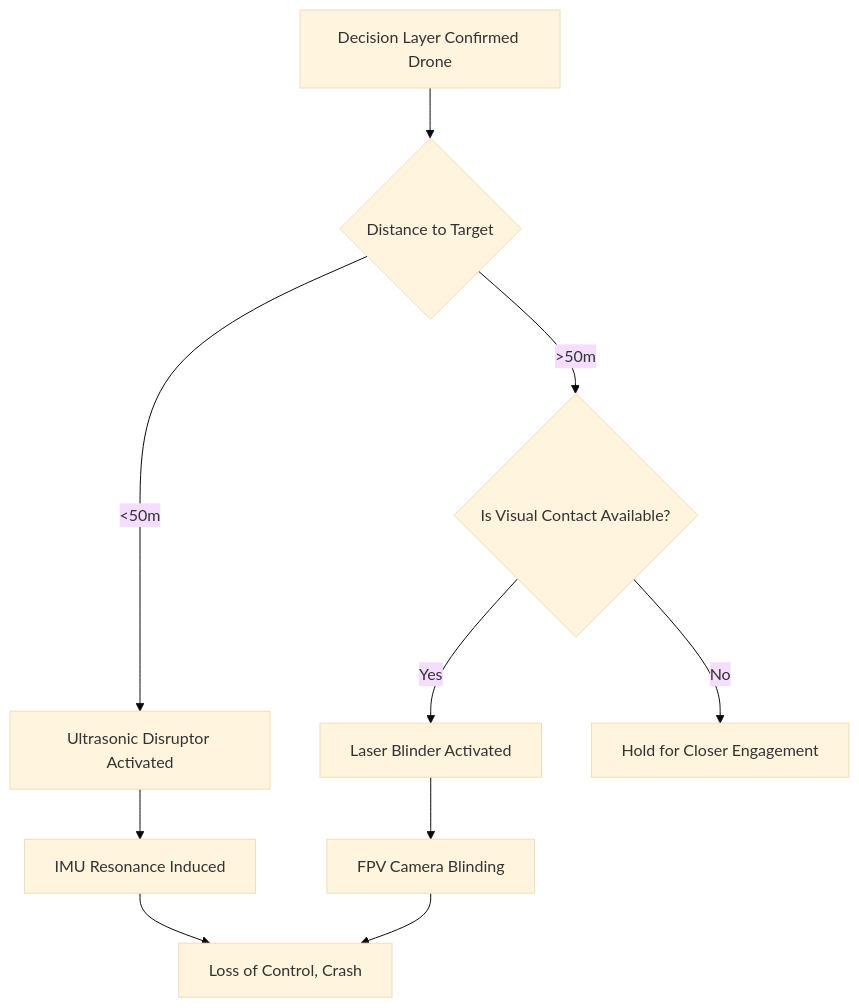
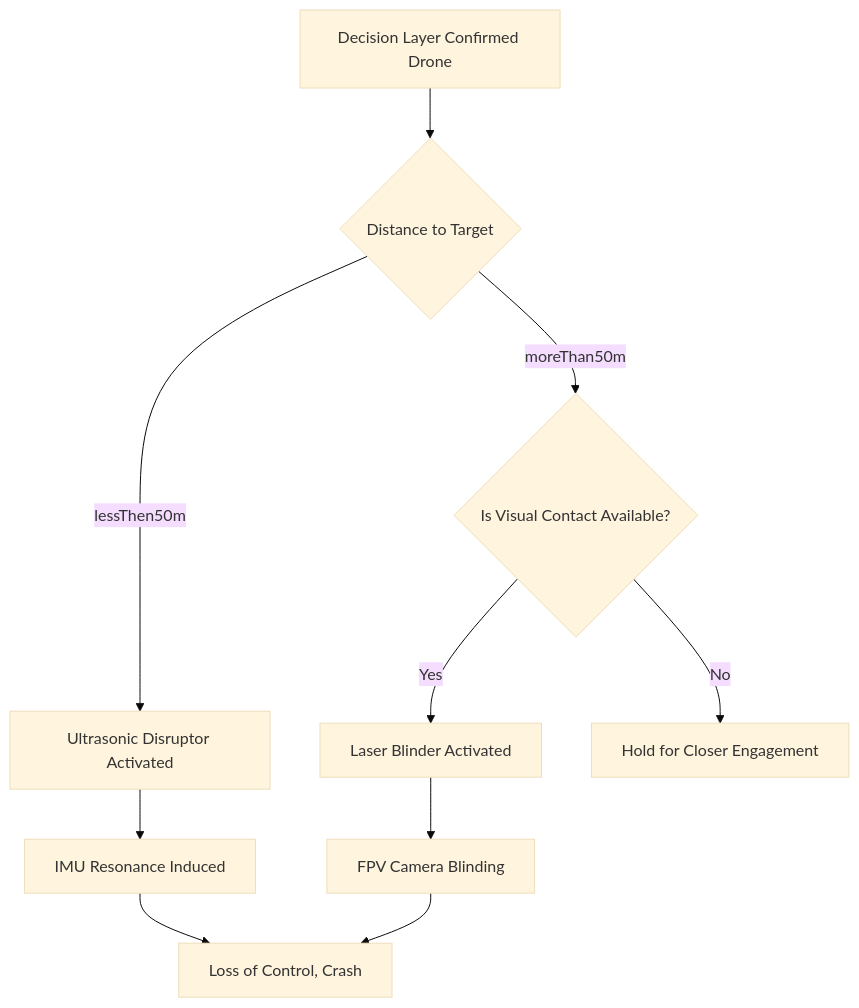
One commit to tom-sapletta-com/NATO changed the third of 3 diagrams in README.md. Above: the diagram before and after it, drawn with Mermaid (base theme).

````diff
--- a/README.md
+++ b/README.md
@@ -211,16 +211,16 @@
 ```mermaid
 graph TD
     Z[Decision Layer Confirmed Drone] --> AA{Distance to Target}
     
-    AA -- <50m --> AB[Ultrasonic Disruptor Activated]
-    AA -- >50m --> AC{Is Visual Contact Available?}
+    AA -- lessThen50m --> AB[Ultrasonic Disruptor Activated]
+    AA -- moreThan50m --> AC{Is Visual Contact Available?}
     
     AC -- Yes --> AD[Laser Blinder Activated]
     AC -- No --> AE[Hold for Closer Engagement]
     
     AB --> AF[IMU Resonance Induced]
     AD --> AG[FPV Camera Blinding]
     
     AF --> AH[Loss of Control, Crash]
     AG --> AH
 ```
````
